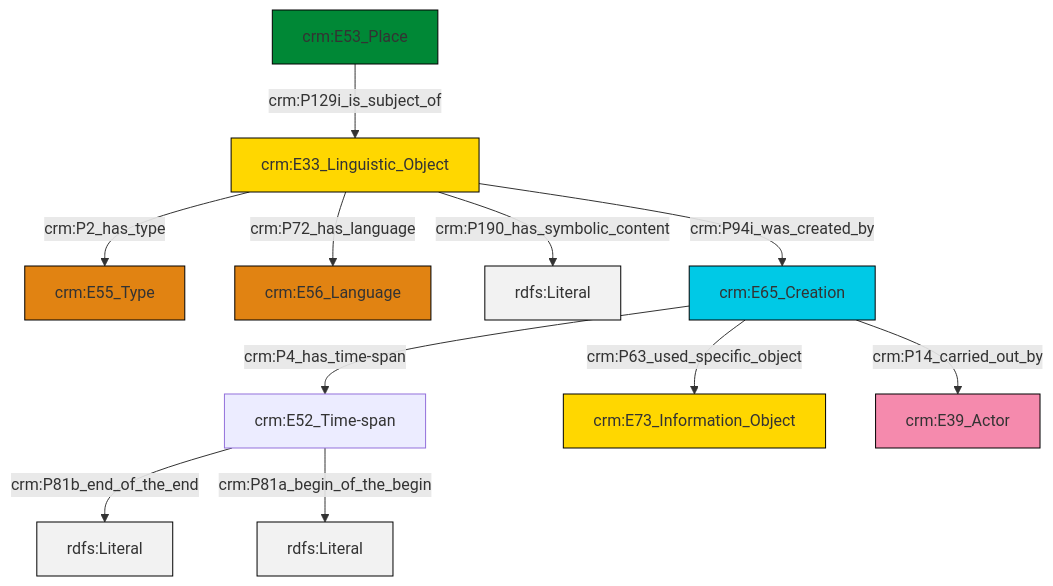
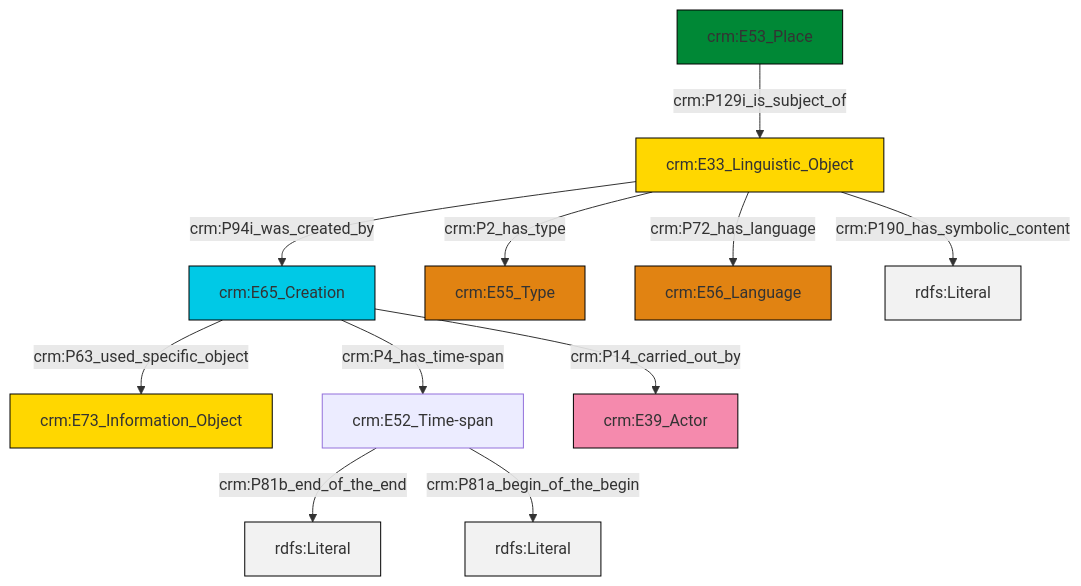
The diagram in et/placeCSV/ttl/mmd/place_description.ttl.mmd (swiss-art-research-net/docs.swissartresearch), drawn with Mermaid before and after one commit. The commit also changed 179 other files, not shown here.

```diff
--- a/et/placeCSV/ttl/mmd/place_description.ttl.mmd
+++ b/et/placeCSV/ttl/mmd/place_description.ttl.mmd
@@ -1,25 +1,25 @@
 graph TD
 classDef Literal fill:#f2f2f2,stroke:#000000;
 classDef CRM_Entity fill:#FFFFFF,stroke:#000000;
 classDef Temporal_Entity fill:#00C9E6, stroke:#000000;
 classDef Type fill:#E18312, stroke:#000000;
 classDef Time-Span fill:#2C9C91, stroke:#000000;
 classDef Appellation fill:#FFEB7F, stroke:#000000;
 classDef Place fill:#008836, stroke:#000000;
 classDef Persistent_Item fill:#B266B2, stroke:#000000;
 classDef Conceptual_Object fill:#FFD700, stroke:#000000;
 classDef Physical_Thing fill:#D2B48C, stroke:#000000;
 classDef Actor fill:#f58aad, stroke:#000000;
 classDef PC_Classes fill:#4ce600, stroke:#000000;
 classDef Multi fill:#cccccc,stroke:#000000;
 
-4["crm:E33_Linguistic_Object"]:::Conceptual_Object -->|crm:P190_has_symbolic_content| 5[rdfs:Literal]:::Literal
-6["crm:E52_Time-span"]:::Default -->|crm:P81b_end_of_the_end| 7[rdfs:Literal]:::Literal
-8["crm:E65_Creation"]:::Temporal_Entity -->|crm:P63_used_specific_object| 9["crm:E73_Information_Object"]:::Conceptual_Object
-4["crm:E33_Linguistic_Object"]:::Conceptual_Object -->|crm:P2_has_type| 0["crm:E55_Type"]:::Type
-8["crm:E65_Creation"]:::Temporal_Entity -->|crm:P4_has_time-span| 6["crm:E52_Time-span"]:::Default
-6["crm:E52_Time-span"]:::Default -->|crm:P81a_begin_of_the_begin| 14[rdfs:Literal]:::Literal
-17["crm:E53_Place"]:::Place -->|crm:P129i_is_subject_of| 4["crm:E33_Linguistic_Object"]:::Conceptual_Object
-4["crm:E33_Linguistic_Object"]:::Conceptual_Object -->|crm:P94i_was_created_by| 8["crm:E65_Creation"]:::Temporal_Entity
-4["crm:E33_Linguistic_Object"]:::Conceptual_Object -->|crm:P72_has_language| 2["crm:E56_Language"]:::Type
-8["crm:E65_Creation"]:::Temporal_Entity -->|crm:P14_carried_out_by| 15["crm:E39_Actor"]:::Actor
+0["crm:E65_Creation"]:::Temporal_Entity -->|crm:P63_used_specific_object| 1["crm:E73_Information_Object"]:::Conceptual_Object
+2["crm:E33_Linguistic_Object"]:::Conceptual_Object -->|crm:P2_has_type| 7["crm:E55_Type"]:::Type
+8["crm:E53_Place"]:::Place -->|crm:P129i_is_subject_of| 2["crm:E33_Linguistic_Object"]:::Conceptual_Object
+0["crm:E65_Creation"]:::Temporal_Entity -->|crm:P4_has_time-span| 5["crm:E52_Time-span"]:::Default
+0["crm:E65_Creation"]:::Temporal_Entity -->|crm:P14_carried_out_by| 9["crm:E39_Actor"]:::Actor
+5["crm:E52_Time-span"]:::Default -->|crm:P81b_end_of_the_end| 13[rdfs:Literal]:::Literal
+2["crm:E33_Linguistic_Object"]:::Conceptual_Object -->|crm:P190_has_symbolic_content| 14[rdfs:Literal]:::Literal
+2["crm:E33_Linguistic_Object"]:::Conceptual_Object -->|crm:P94i_was_created_by| 0["crm:E65_Creation"]:::Temporal_Entity
+2["crm:E33_Linguistic_Object"]:::Conceptual_Object -->|crm:P72_has_language| 11["crm:E56_Language"]:::Type
+5["crm:E52_Time-span"]:::Default -->|crm:P81a_begin_of_the_begin| 16[rdfs:Literal]:::Literal
```
